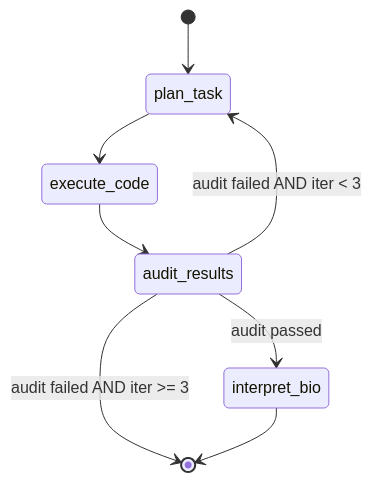
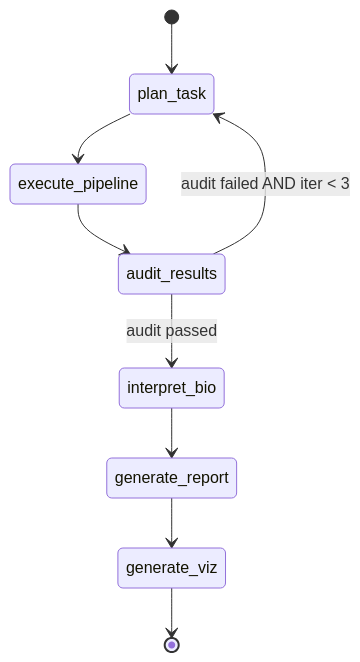
One commit to rafidquadir-eng/iMEMORY-Agentic-Orchastration-Infrastructure-for-Machine-Learning-Computational-Biology changed the second of 2 diagrams in README.md. Above: the diagram before and after it, drawn with Mermaid. The commit also changed other lines of this file, not shown here.

````diff
--- a/README.md
+++ b/README.md
@@ -64,10 +70,11 @@
 ```mermaid
 stateDiagram-v2
     [*] --> plan_task
-    plan_task --> execute_code
-    execute_code --> audit_results
+    plan_task --> execute_pipeline
+    execute_pipeline --> audit_results
     audit_results --> plan_task: audit failed AND iter < 3
     audit_results --> interpret_bio: audit passed
-    audit_results --> [*]: audit failed AND iter >= 3
-    interpret_bio --> [*]
+    interpret_bio --> generate_report
+    generate_report --> generate_viz
+    generate_viz --> [*]
 ```
````
